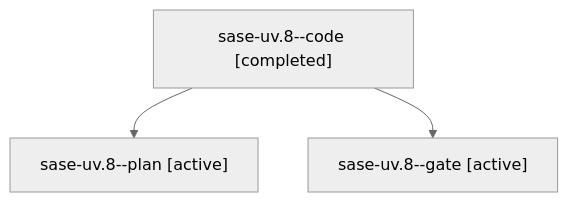
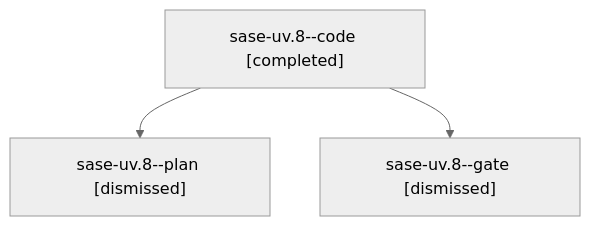
One commit to sase-org/sase--agents changed the diagram in sessions/bbugyi200.athena.sase-uv.8.md. Above: the diagram before and after it, drawn with Mermaid (neutral theme). The commit also changed other lines of this file and 243 other files, not shown here.

````diff
--- a/sessions/bbugyi200.athena.sase-uv.8.md
+++ b/sessions/bbugyi200.athena.sase-uv.8.md
@@ -9,8 +9,8 @@
 ```mermaid
 flowchart TD
   n0["sase-uv.8--code [completed]"]
-  n1["sase-uv.8--plan [active]"]
+  n1["sase-uv.8--plan [dismissed]"]
   n0 --> n1
-  n2["sase-uv.8--gate [active]"]
+  n2["sase-uv.8--gate [dismissed]"]
   n0 --> n2
 ```
````
